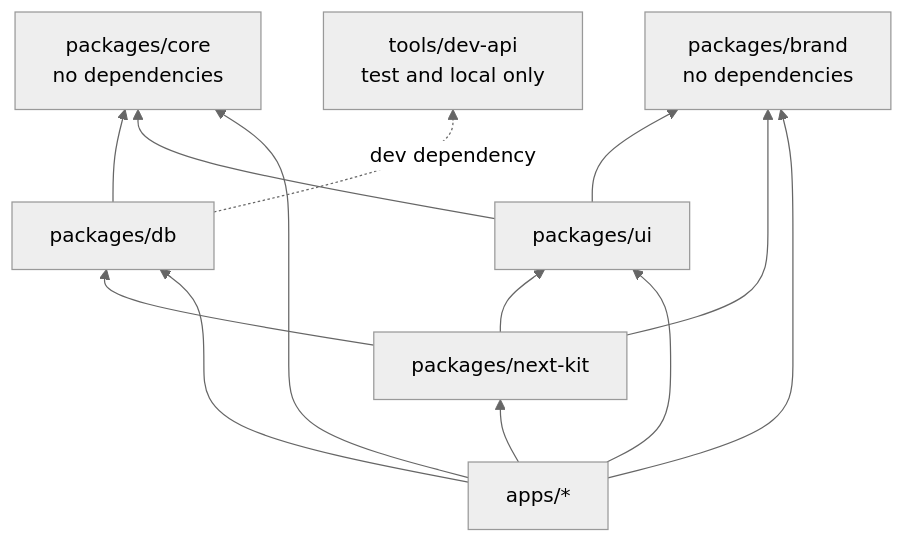
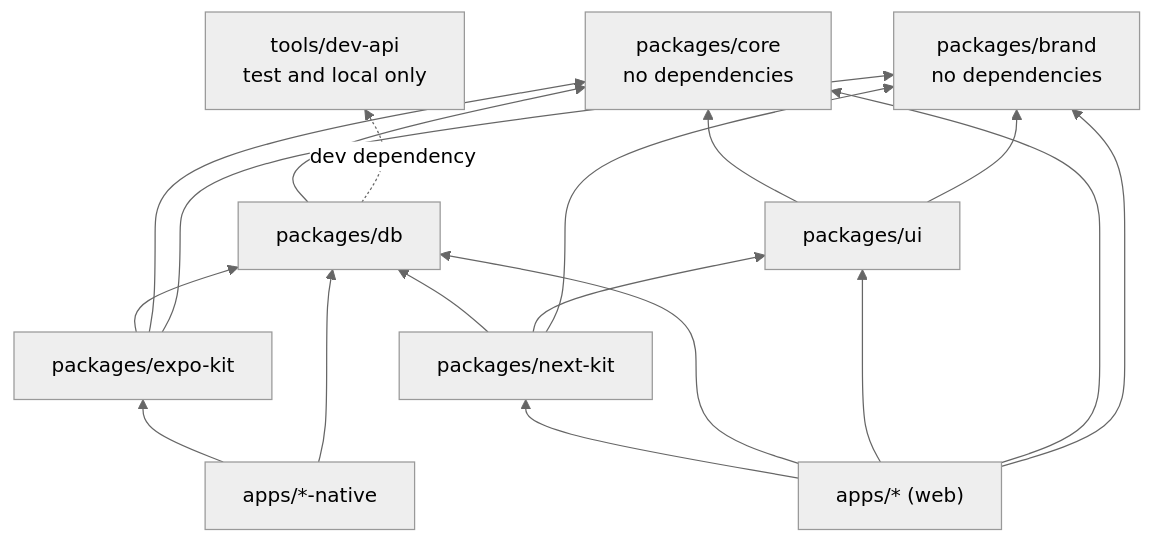
One commit to raea07/amazon-tiquicia changed the diagram in docs/02-architecture/repository.md. Above: the diagram before and after it, drawn with Mermaid (neutral theme). The commit also changed other lines of this file and 2 other files, not shown here.

First line of the commit message:
Record the native apps' decisions and layout in the architecture docs

````diff
--- a/docs/02-architecture/repository.md
+++ b/docs/02-architecture/repository.md
@@ -45,18 +58,23 @@
 ```mermaid
 flowchart BT
   core["packages/core<br/>no dependencies"]
   brand["packages/brand<br/>no dependencies"]
   db["packages/db"] --> core
   ui["packages/ui"] --> core
   ui --> brand
   kit["packages/next-kit"] --> db
   kit --> ui
   kit --> brand
-  apps["apps/*"] --> kit
+  expokit["packages/expo-kit"] --> db
+  expokit --> core
+  expokit --> brand
+  native["apps/*-native"] --> expokit
+  native --> db
+  apps["apps/* (web)"] --> kit
   apps --> db
   apps --> ui
   apps --> core
   apps --> brand
   devapi["tools/dev-api<br/>test and local only"]
   db -. dev dependency .-> devapi
 ```
````
